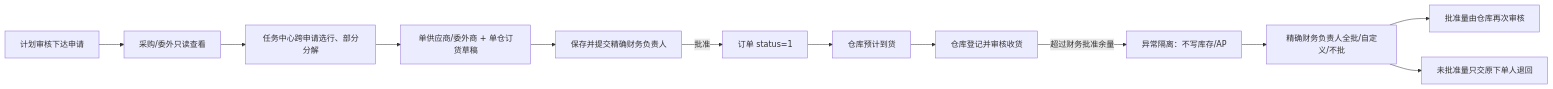
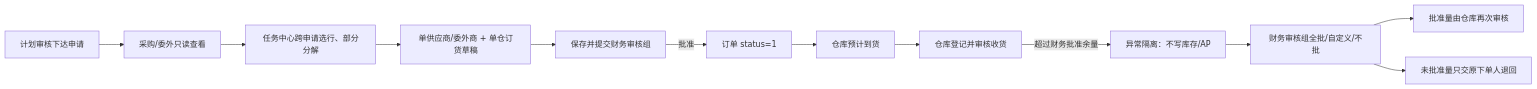
One commit to BruceChu0424/utenelec_imp changed the third of 5 diagrams in docs/05-架构/架构总览.md. Above: the diagram before and after it, drawn with Mermaid. The commit also changed other lines of this file and 129 other files, not shown here.

````diff
--- a/docs/05-架构/架构总览.md
+++ b/docs/05-架构/架构总览.md
@@ -163,14 +163,14 @@
 ```mermaid
 flowchart LR
     Plan["计划审核下达申请"] --> ReadOnly["采购/委外只读查看"]
     ReadOnly --> Task["任务中心跨申请选行、部分分解"]
     Task --> Order["单供应商/委外商 + 单仓订货草稿"]
-    Order --> Finance["保存并提交精确财务负责人"]
+    Order --> Finance["保存并提交财务审核组"]
     Finance -->|批准| Effective["订单 status=1"]
     Effective --> Expected["仓库预计到货"]
     Expected --> Receipt["仓库登记并审核收货"]
     Receipt -->|超过财务批准余量| Isolated["异常隔离：不写库存/AP"]
-    Isolated --> Decision["精确财务负责人全批/自定义/不批"]
+    Isolated --> Decision["财务审核组全批/自定义/不批"]
     Decision --> WarehouseReview["批准量由仓库再次审核"]
     Decision --> OwnerReturn["未批准量只交原下单人退回"]
 ```
````
